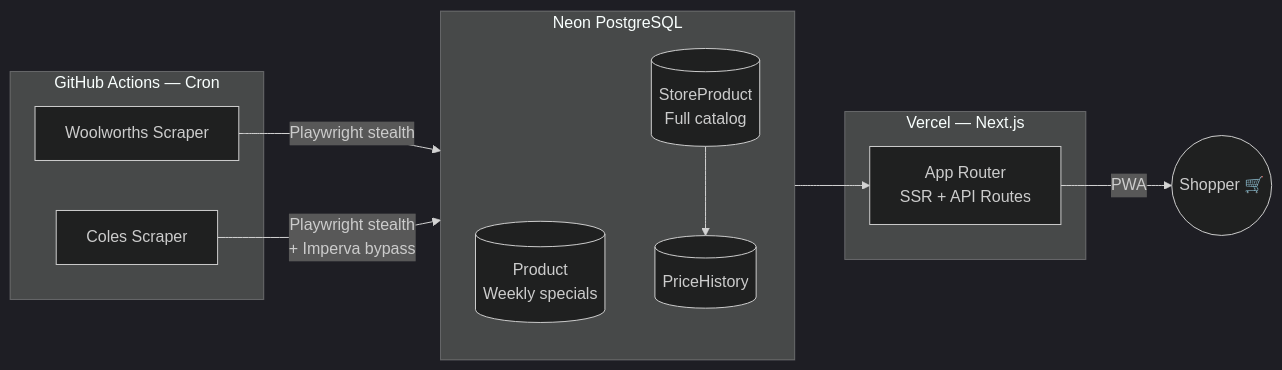
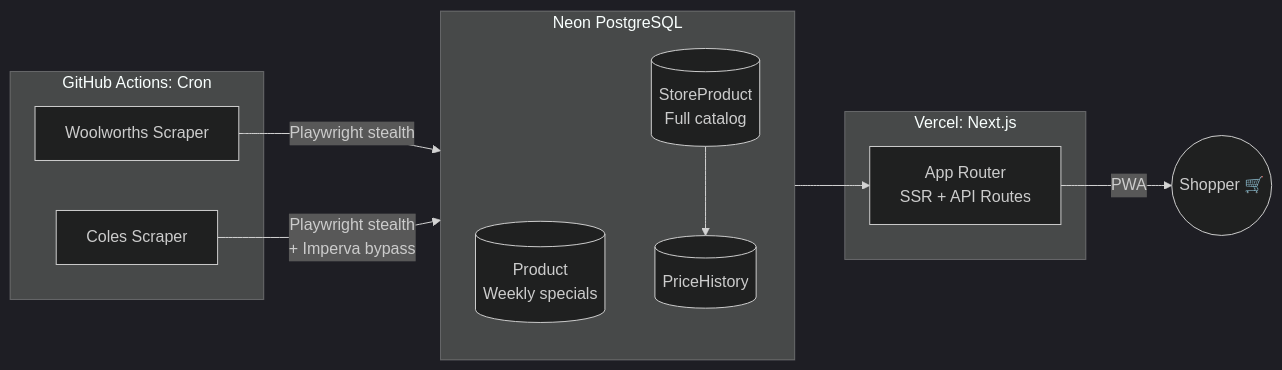
The diagram in README.md (Ga-hyeonKim/aussie-deals), drawn with Mermaid (dark theme) before and after one commit. The commit also changed other lines of this file and 3 other files, not shown here.

````diff
--- a/README.md
+++ b/README.md
@@ -59,23 +60,23 @@
 ```mermaid
 flowchart LR
-  subgraph GHA[GitHub Actions — Cron]
+  subgraph GHA[GitHub Actions: Cron]
     W[Woolworths Scraper]
     C[Coles Scraper]
   end
 
   subgraph DB[Neon PostgreSQL]
     P[(Product\nWeekly specials)]
     SP[(StoreProduct\nFull catalog)]
     PH[(PriceHistory)]
   end
 
-  subgraph App[Vercel — Next.js]
+  subgraph App[Vercel: Next.js]
     UI[App Router\nSSR + API Routes]
   end
 
   W -->|Playwright stealth| DB
   C -->|Playwright stealth\n+ Imperva bypass| DB
   SP --> PH
   DB --> UI
   UI -->|PWA| User((Shopper 🛒))
 ```
````
